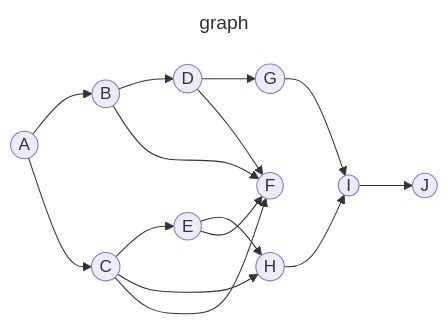
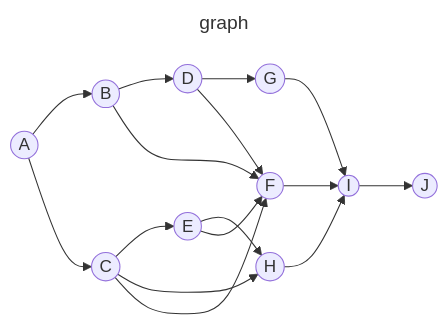
Before and after one commit to omar-azmi/tsignal_ts: the diagram in readme.md, drawn with Mermaid. The commit also changed 2 other files, not shown here.

Commit message:
bump minor version to `0.4.0`. other changes: - export the newly added dynamic collection signals #9 in `/src/collection_signal.ts`, to `/src/mod.ts` and `/deno.json`. - in `/readme.md`, fix a missing directed edge arrow (F -> I) in the mermaid diagram.   this was pointed out to me by Abu.

````diff
--- a/readme.md
+++ b/readme.md
@@ -253,20 +253,21 @@
 ```mermaid
 ---
 title: "graph"
 ---
 flowchart LR
 	332796(("A")) --> 590207(("B"))
 	332796 --> 763885(("C"))
 	590207 --> 562158(("D"))
 	763885 --> 932932(("E"))
 	763885 --> 940461(("H"))
 	562158 --> 831043(("G"))
 	831043 --> 450102(("I"))
 	932932 --> 940461
 	940461 --> 450102
 	590207 --> 270457(("F"))
 	562158 --> 270457
 	763885 --> 270457
 	932932 --> 270457
+	270457 --> 450102
 	450102 --> 770803(("J"))
 ```
````
